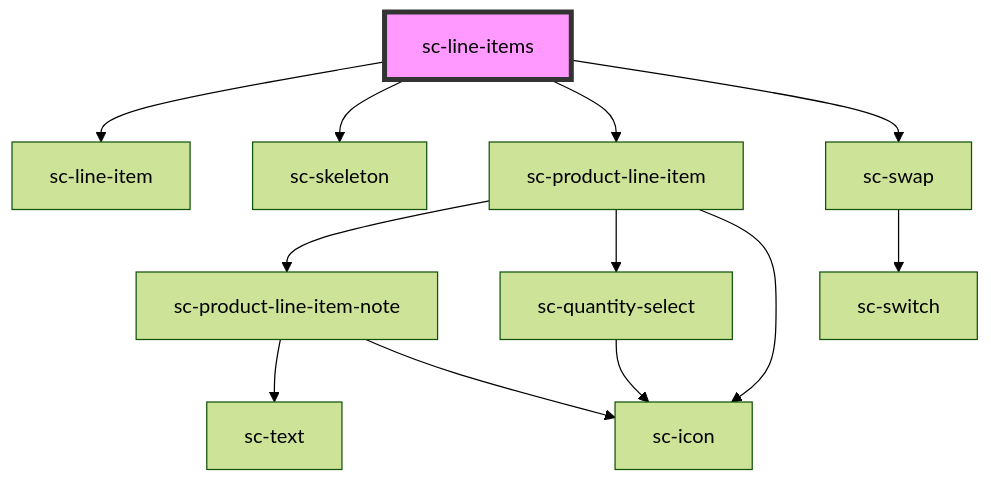
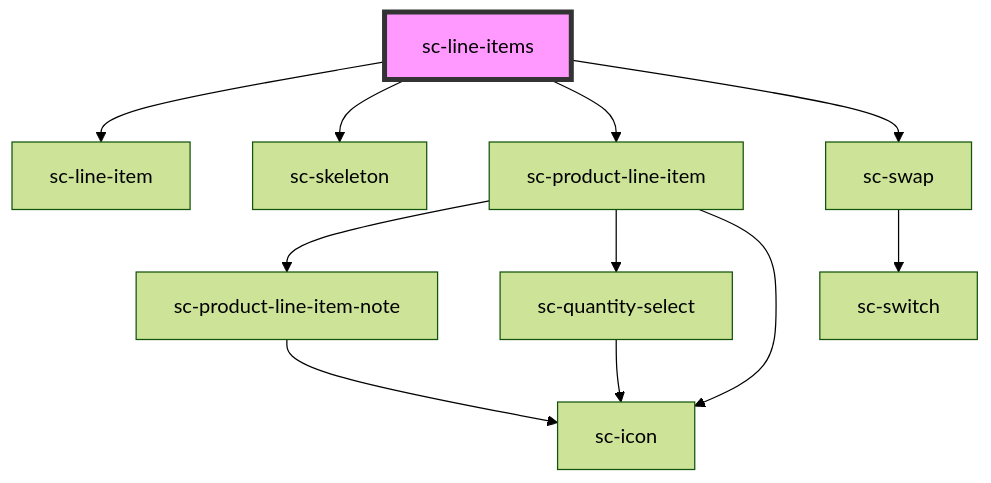
One commit to surecart/surecart-wp-plugin changed the diagram in packages/components/src/components/controllers/checkout-form/line-items/readme.md. Above: the diagram before and after it, drawn with Mermaid (forest theme). The commit also changed 10 other files, not shown here.

````diff
--- a/packages/components/src/components/controllers/checkout-form/line-items/readme.md
+++ b/packages/components/src/components/controllers/checkout-form/line-items/readme.md
@@ -49,15 +49,14 @@
 ```mermaid
 graph TD;
   sc-line-items --> sc-line-item
   sc-line-items --> sc-skeleton
   sc-line-items --> sc-product-line-item
   sc-line-items --> sc-swap
   sc-product-line-item --> sc-product-line-item-note
   sc-product-line-item --> sc-quantity-select
   sc-product-line-item --> sc-icon
-  sc-product-line-item-note --> sc-text
   sc-product-line-item-note --> sc-icon
   sc-quantity-select --> sc-icon
   sc-swap --> sc-switch
   style sc-line-items fill:#f9f,stroke:#333,stroke-width:4px
 ```
````
